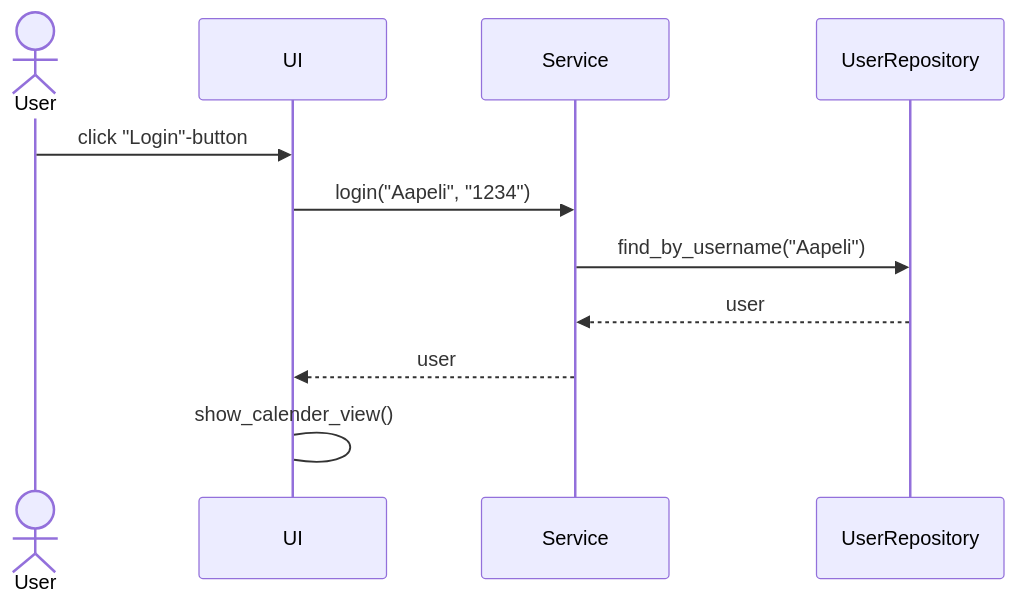
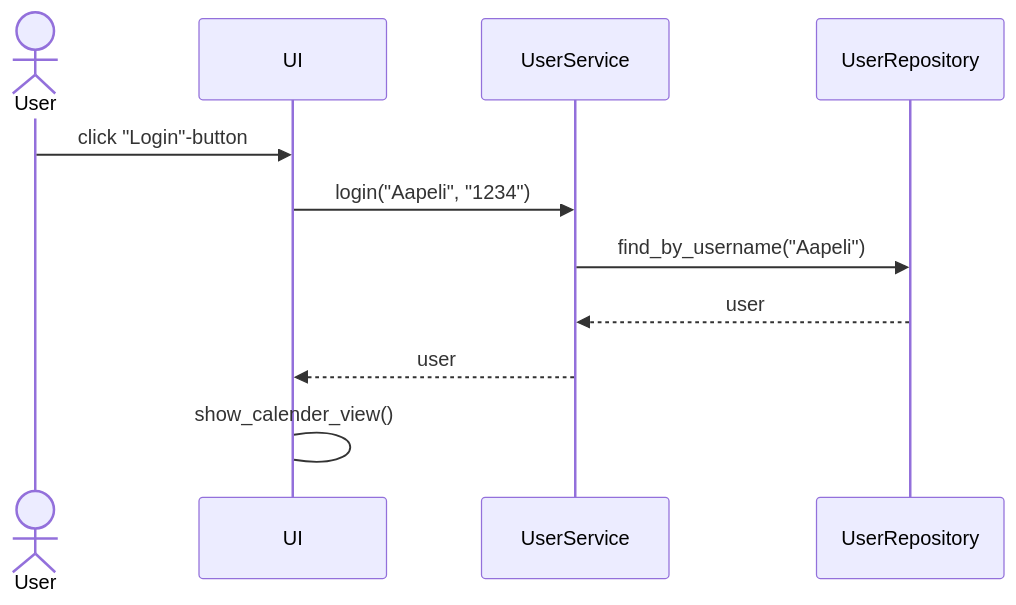
One commit to levomaaa/ot-harjoitustyo changed the second of 3 diagrams in dokumentaatio/arkkitehtuuri.md. Above: the diagram before and after it, drawn with Mermaid. The commit also changed other lines of this file and 2 other files, not shown here.

````diff
--- a/dokumentaatio/arkkitehtuuri.md
+++ b/dokumentaatio/arkkitehtuuri.md
@@ -42,13 +49,13 @@
 ```mermaid
 sequenceDiagram
   actor User
   participant UI
-  participant Service
+  participant UserService
   participant UserRepository
   User->>UI: click "Login"-button
-  UI->>Service: login("Aapeli", "1234")
-  Service->>UserRepository: find_by_username("Aapeli")
-  UserRepository-->>Service: user
-  Service-->>UI: user
+  UI->>UserService: login("Aapeli", "1234")
+  UserService->>UserRepository: find_by_username("Aapeli")
+  UserRepository-->>UserService: user
+  UserService-->>UI: user
   UI->UI: show_calender_view()
 ```
````
